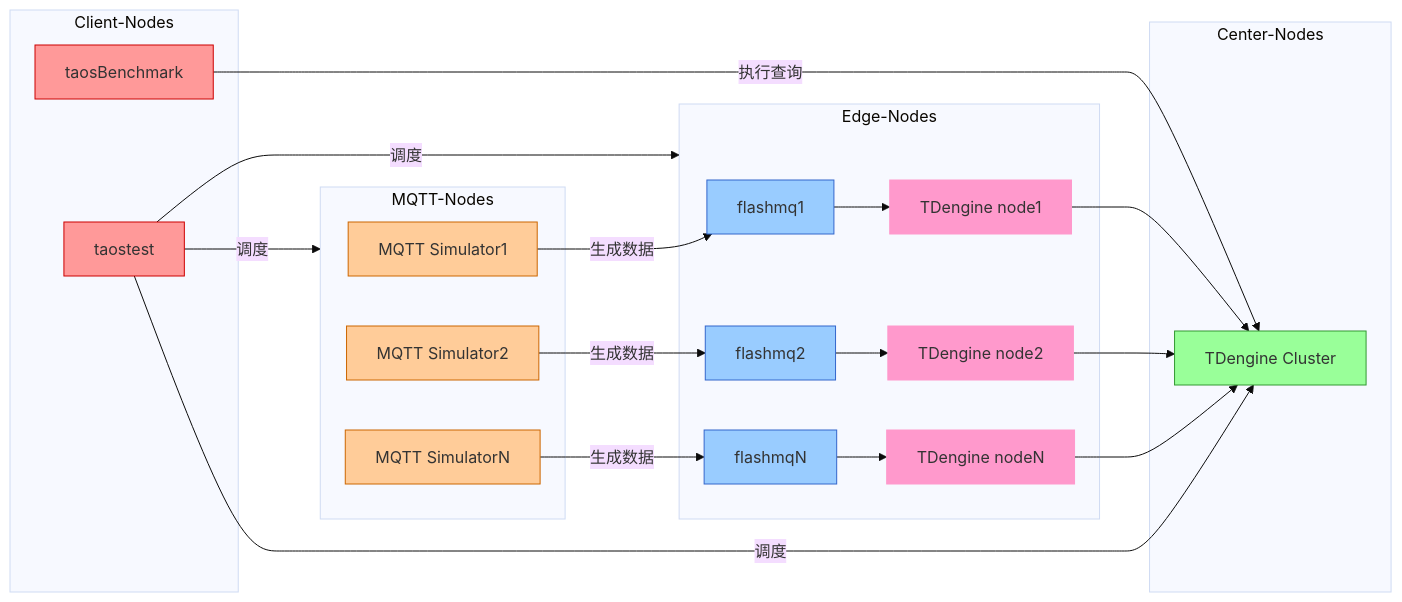
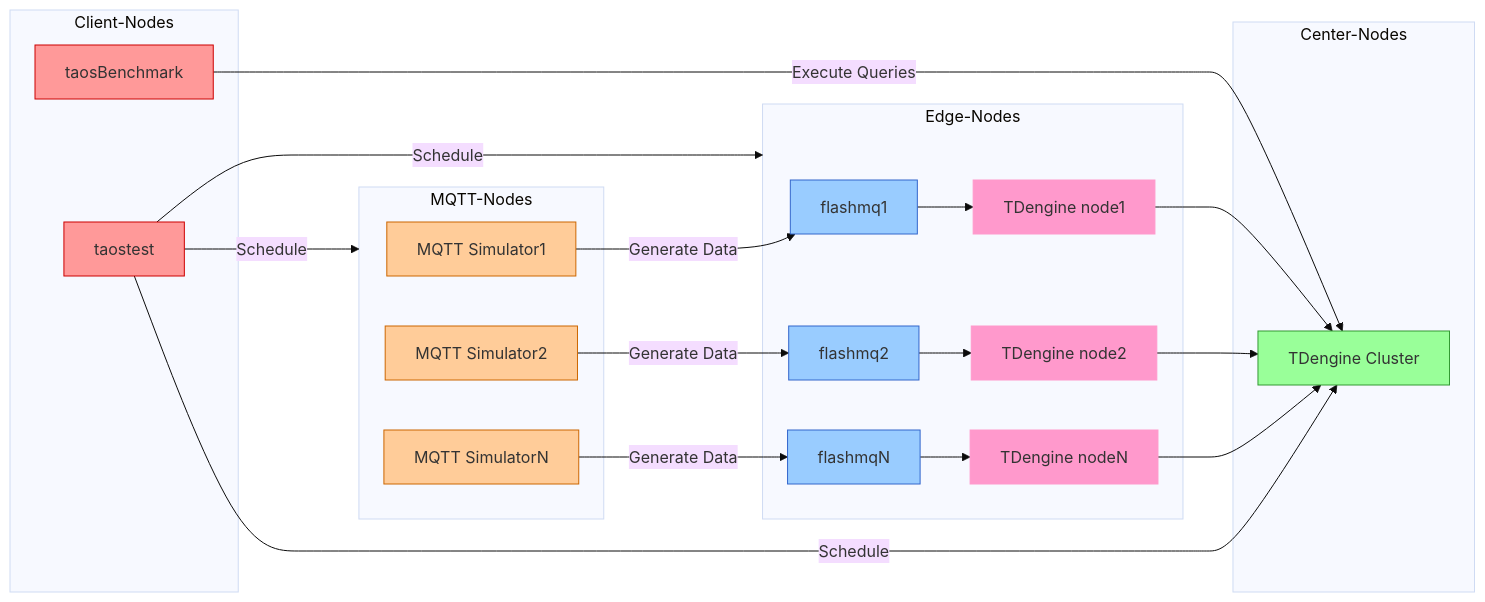
Before and after one commit to taosdata/ems: the second of 2 diagrams in README.md, drawn with Mermaid (base theme). The commit also changed other lines of this file and 3 other files, not shown here.

````diff
--- a/README.md
+++ b/README.md
@@ -77,57 +83,57 @@
 ```mermaid
 graph LR
   subgraph MQTT-Nodes
     A1[MQTT Simulator1]
     A2[MQTT Simulator2]
     AN[MQTT SimulatorN]
   end
 
   subgraph Edge-Nodes
     B1[flashmq1]
     C1[TDengine node1]
     B2[flashmq2]
     C2[TDengine node2]
     BN[flashmqN]
     CN[TDengine nodeN]
   end
 
   subgraph Center-Nodes
     E[TDengine Cluster]
   end
 
   subgraph Client-Nodes
     J[taosBenchmark]
     H[taostest]
   end
 
-  A1 -->|生成数据| B1
-  A2 -->|生成数据| B2
-  AN -->|生成数据| BN
+  A1 -->|Generate Data| B1
+  A2 -->|Generate Data| B2
+  AN -->|Generate Data| BN
 
   B1 --> C1
   B2 --> C2
   BN --> CN
 
   C1 --> E
   C2 --> E
   CN --> E
 
-  J -->|执行查询| E
+  J -->|Execute Queries| E
 
-  H -->|调度| MQTT-Nodes
-  H -->|调度| Edge-Nodes
-  H -->|调度| E
+  H -->|Schedule| MQTT-Nodes
+  H -->|Schedule| Edge-Nodes
+  H -->|Schedule| E
 
   style A1 fill:#ffcc99,stroke:#cc6600
   style A2 fill:#ffcc99,stroke:#cc6600
   style AN fill:#ffcc99,stroke:#cc6600
   style B1 fill:#99ccff,stroke:#3366cc
   style B2 fill:#99ccff,stroke:#3366cc
   style BN fill:#99ccff,stroke:#3366cc
   style C1 fill:#ff99cc,stroke:#ff99cc
   style C2 fill:#ff99cc,stroke:#ff99cc
   style CN fill:#ff99cc,stroke:#ff99cc
   style E fill:#99ff99,stroke:#339933
   style J fill:#ff9999,stroke:#cc0000
   style H fill:#ff9999,stroke:#cc0000
 ```
````
